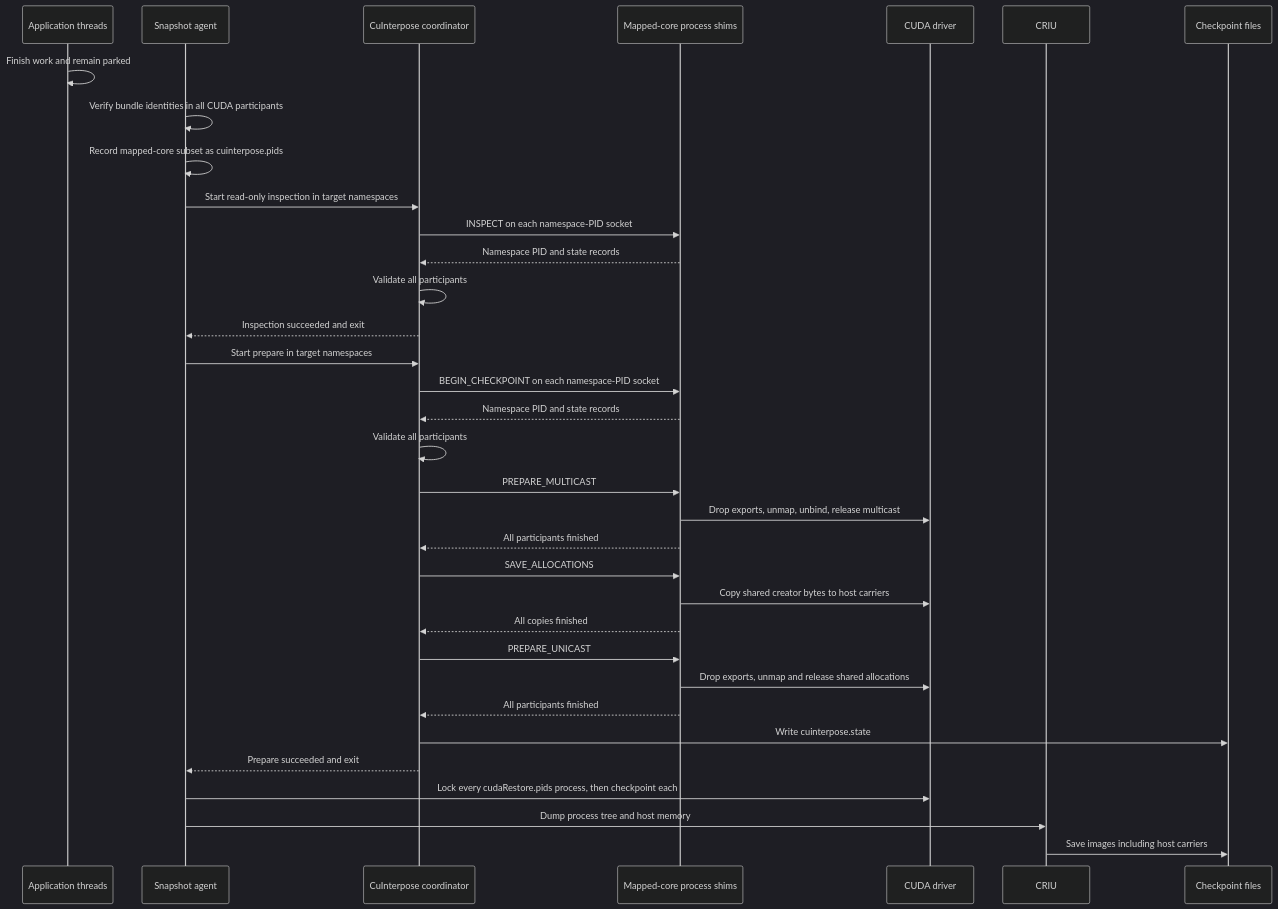
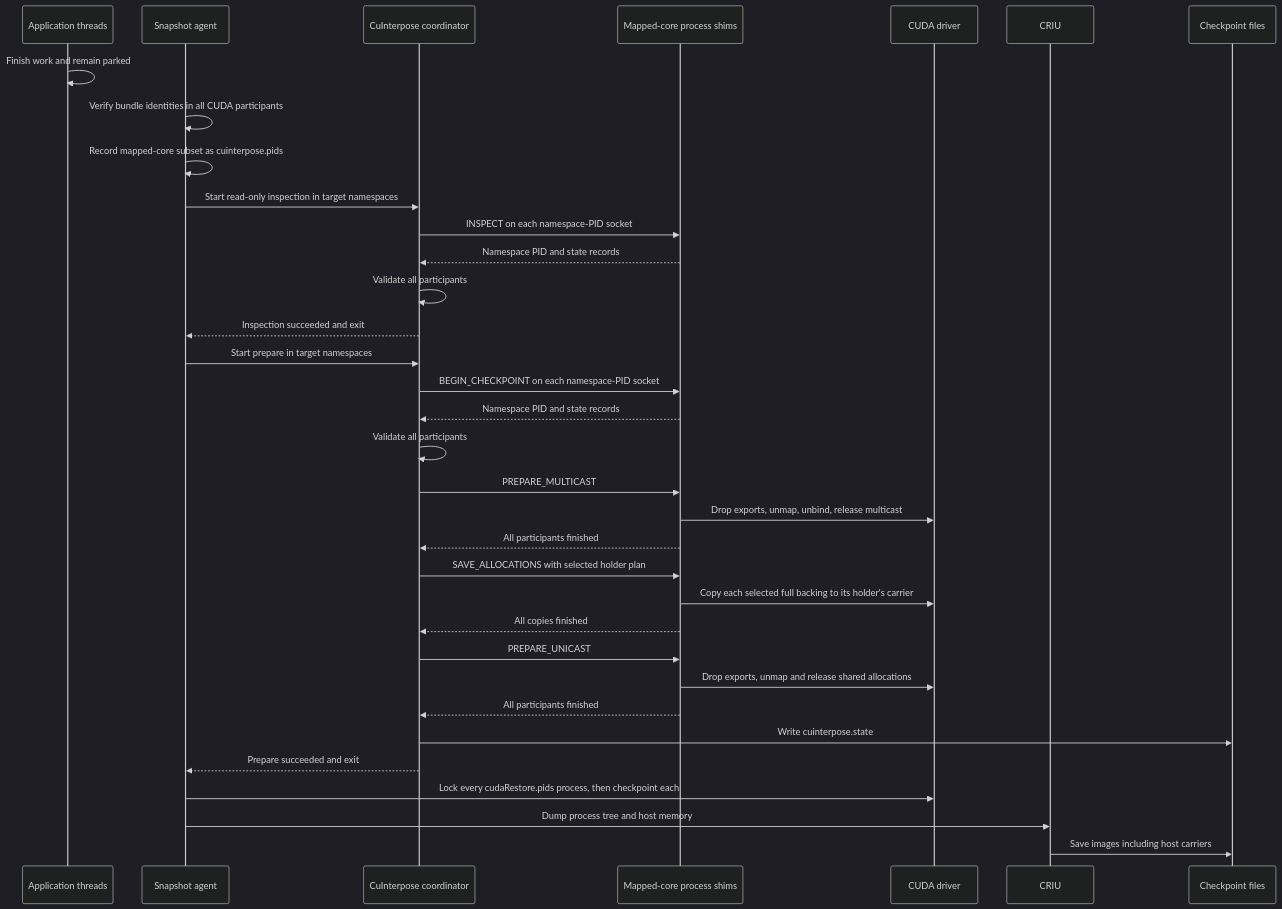
One commit to ai-dynamo/snapshot changed the fourth of 5 diagrams in docs/proposals/295-cuinterpose/README.md. Above: the diagram before and after it, drawn with Mermaid (dark theme). The commit also changed other lines of this file and 2 other files, not shown here.

Commit message:
docs(cuinterpose): describe checkpoint holder selection

````diff
--- a/docs/proposals/295-cuinterpose/README.md
+++ b/docs/proposals/295-cuinterpose/README.md
@@ -714,36 +730,36 @@
 ```mermaid
 sequenceDiagram
     participant App as Application threads
     participant Agent as Snapshot agent
     participant Coord as CuInterpose coordinator
     participant Shims as Mapped-core process shims
     participant CUDA as CUDA driver
     participant CRIU as CRIU
     participant Files as Checkpoint files
     App->>App: Finish work and remain parked
     Agent->>Agent: Verify bundle identities in all CUDA participants
     Agent->>Agent: Record mapped-core subset as cuinterpose.pids
     Agent->>Coord: Start read-only inspection in target namespaces
     Coord->>Shims: INSPECT on each namespace-PID socket
     Shims-->>Coord: Namespace PID and state records
     Coord->>Coord: Validate all participants
     Coord-->>Agent: Inspection succeeded and exit
     Agent->>Coord: Start prepare in target namespaces
     Coord->>Shims: BEGIN_CHECKPOINT on each namespace-PID socket
     Shims-->>Coord: Namespace PID and state records
     Coord->>Coord: Validate all participants
     Coord->>Shims: PREPARE_MULTICAST
     Shims->>CUDA: Drop exports, unmap, unbind, release multicast
     Shims-->>Coord: All participants finished
-    Coord->>Shims: SAVE_ALLOCATIONS
-    Shims->>CUDA: Copy shared creator bytes to host carriers
+    Coord->>Shims: SAVE_ALLOCATIONS with selected holder plan
+    Shims->>CUDA: Copy each selected full backing to its holder's carrier
     Shims-->>Coord: All copies finished
     Coord->>Shims: PREPARE_UNICAST
     Shims->>CUDA: Drop exports, unmap and release shared allocations
     Shims-->>Coord: All participants finished
     Coord->>Files: Write cuinterpose.state
     Coord-->>Agent: Prepare succeeded and exit
     Agent->>CUDA: Lock every cudaRestore.pids process, then checkpoint each
     Agent->>CRIU: Dump process tree and host memory
     CRIU->>Files: Save images including host carriers
 ```
````
